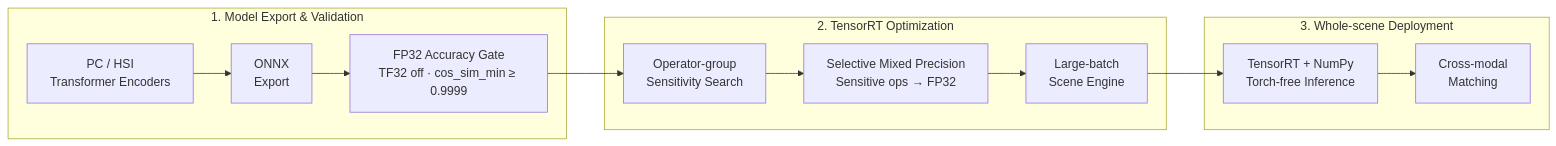
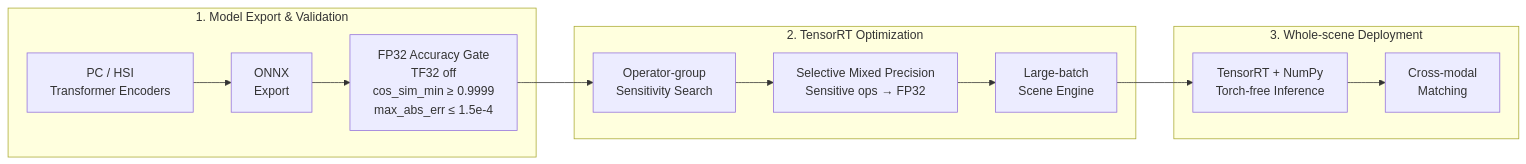
One commit to daydreamer00824/hspc-deploy changed the third of 3 diagrams in README.md. Above: the diagram before and after it, drawn with Mermaid. The commit also changed other lines of this file and 3 other files, not shown here.

````diff
--- a/README.md
+++ b/README.md
@@ -320,25 +327,25 @@
 ```mermaid
 flowchart LR
     subgraph S1["1. Model Export & Validation"]
         A["PC / HSI<br/>Transformer Encoders"]
         B["ONNX<br/>Export"]
-        C["FP32 Accuracy Gate<br/>TF32 off · cos_sim_min ≥ 0.9999"]
+        C["FP32 Accuracy Gate<br/>TF32 off<br/>cos_sim_min ≥ 0.9999<br/>max_abs_err ≤ 1.5e-4"]
         A --> B --> C
     end
 
     subgraph S2["2. TensorRT Optimization"]
         D["Operator-group<br/>Sensitivity Search"]
         E["Selective Mixed Precision<br/>Sensitive ops → FP32"]
         F["Large-batch<br/>Scene Engine"]
         D --> E --> F
     end
 
     subgraph S3["3. Whole-scene Deployment"]
         G["TensorRT + NumPy<br/>Torch-free Inference"]
         H["Cross-modal<br/>Matching"]
         G --> H
     end
 
     C --> D
     F --> G
 ```
````
